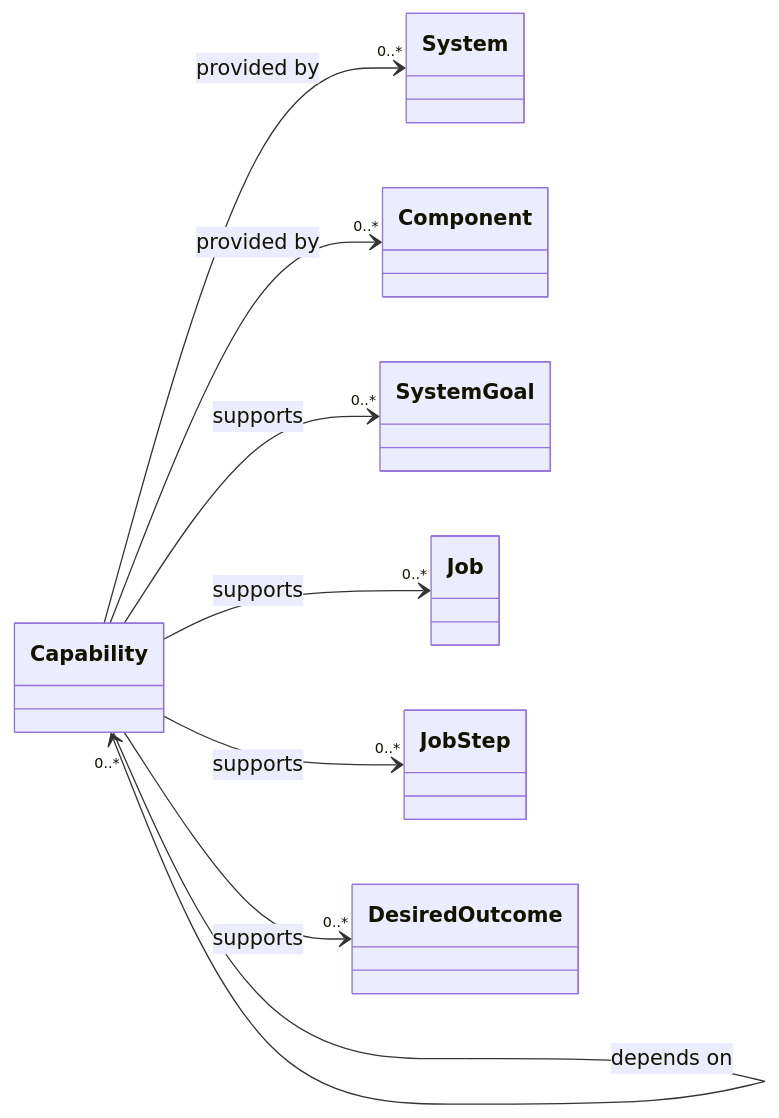
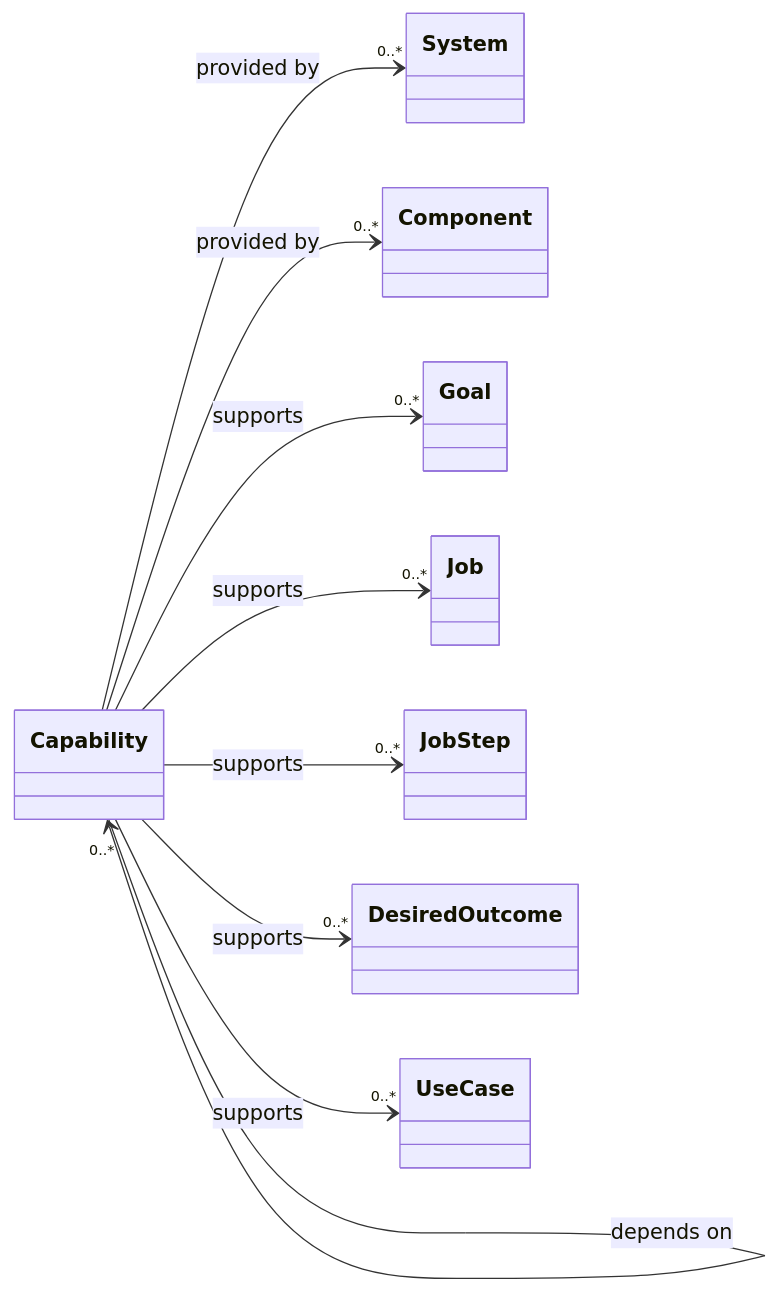
Before and after one commit to craigsmitham/dotspec: diagram 17 of 18 in docs/reference/model/core.md, drawn with Mermaid. The commit also changed other lines of this file and 139 other files, not shown here.

````diff
--- a/docs/reference/model/core.md
+++ b/docs/reference/model/core.md
@@ -400,18 +401,20 @@
 ```mermaid
 classDiagram
     direction LR
     class Capability
     class System
     class Component
-    class SystemGoal
+    class Goal
     class Job
     class JobStep
     class DesiredOutcome
-    Capability --> "0..*" SystemGoal : supports
+    class UseCase
+    Capability --> "0..*" Goal : supports
     Capability --> "0..*" Job : supports
     Capability --> "0..*" JobStep : supports
     Capability --> "0..*" DesiredOutcome : supports
+    Capability --> "0..*" UseCase : supports
     Capability --> "0..*" Capability : depends on
     Capability --> "0..*" System : provided by
     Capability --> "0..*" Component : provided by
 ```
````
